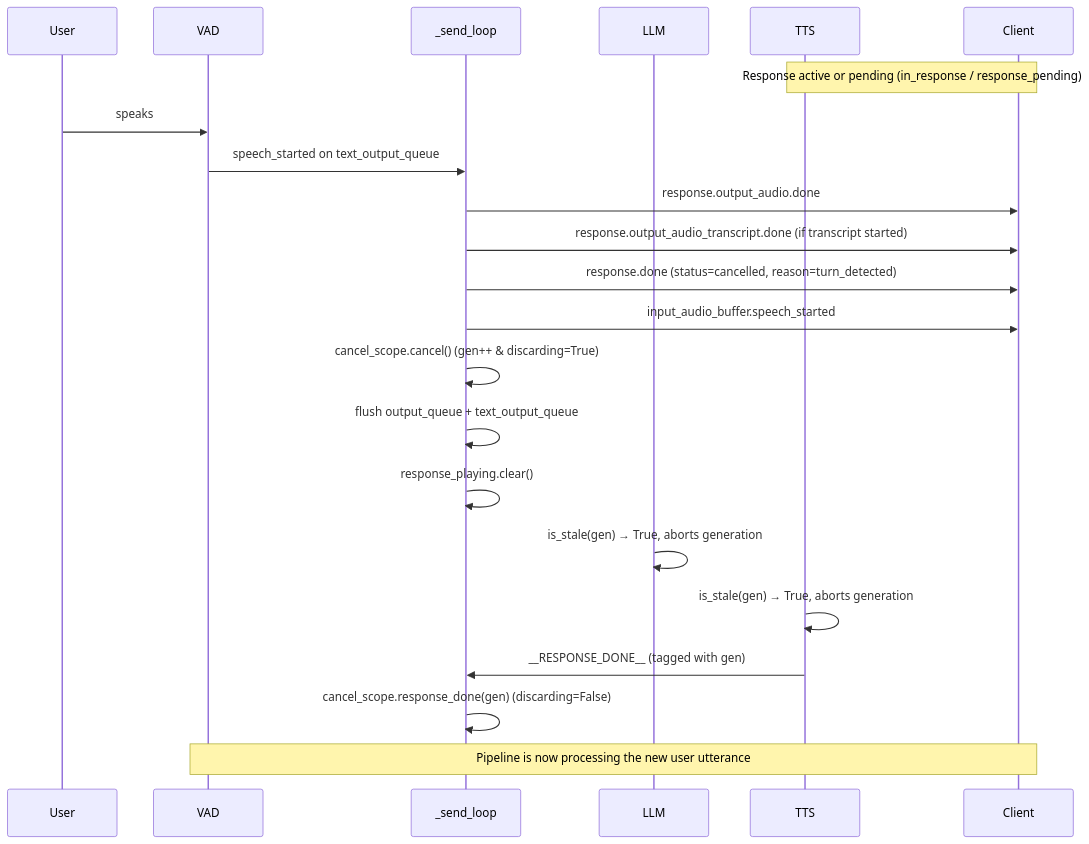
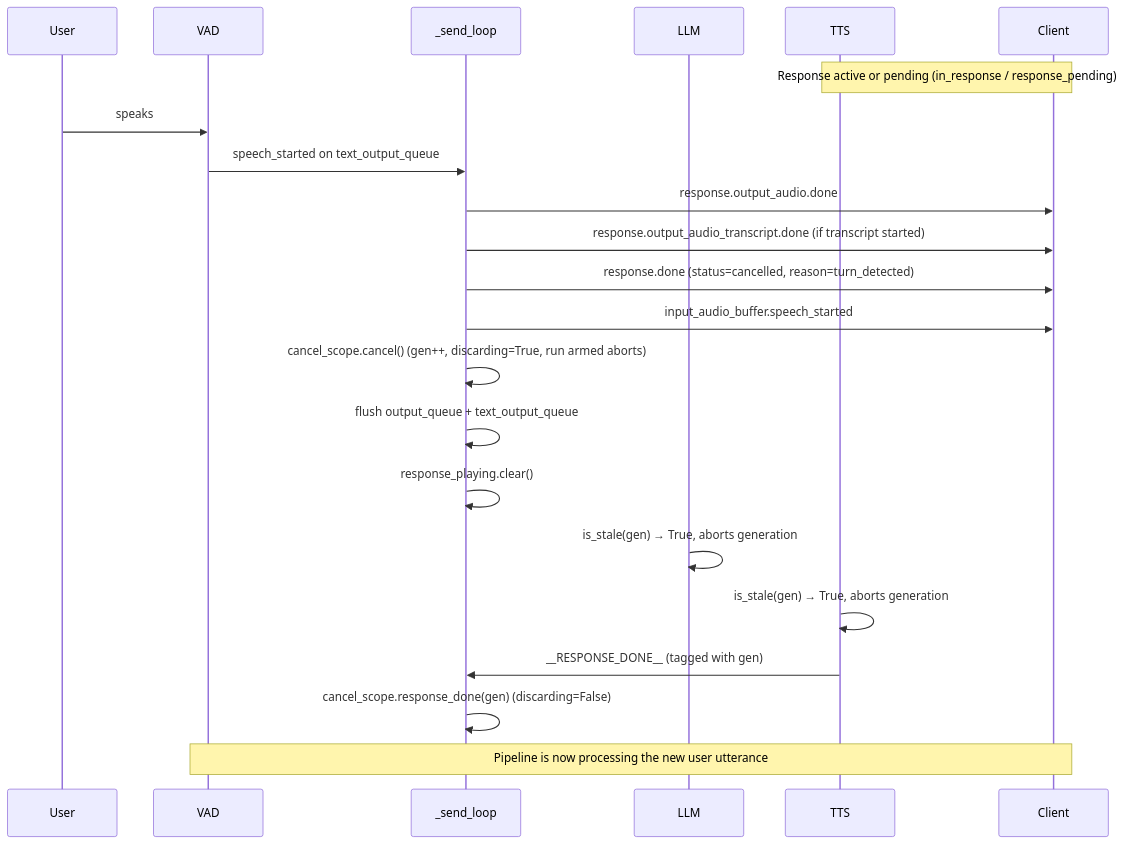
One commit to iansmith/speech-to-speech changed the second of 2 diagrams in src/speech_to_speech/api/openai_realtime/README.md. Above: the diagram before and after it, drawn with Mermaid. The commit also changed 1 other file, not shown here.

Commit message:
SOP-480: review — correct comments the abort mechanism made stale
The clean-context review flagged three doc-only findings:

- Two comments above the _Turn construction still said a blocked httpx read
  "cannot be aborted by cancel_scope.cancel()" — the exact thing this branch
  now does for the non-prefetch path. Rewritten to describe the register_abort
  → close mechanism, with request_timeout_s / ReadTimeout as the fallback.
- _abort_safe_events' docstring framed the swallowed error as only a
  cancel-triggered close; the guard is _turn_is_cancelled, so it swallows any
  in-flight error once the turn is cancelled. Widened to say so.
- README's barge-in sequence diagram now notes cancel() also runs armed aborts.

No code change. ruff check / ruff format --check / mypy clean; suite 55/55.

````diff
--- a/src/speech_to_speech/api/openai_realtime/README.md
+++ b/src/speech_to_speech/api/openai_realtime/README.md
@@ -279,25 +279,25 @@
 ```mermaid
 sequenceDiagram
     participant User
     participant VAD
     participant SendLoop as _send_loop
     participant LLM
     participant TTS
     participant Client
 
     Note over TTS,Client: Response active or pending (in_response / response_pending)
     User->>VAD: speaks
     VAD->>SendLoop: speech_started on text_output_queue
     SendLoop->>Client: response.output_audio.done
     SendLoop->>Client: response.output_audio_transcript.done (if transcript started)
     SendLoop->>Client: response.done (status=cancelled, reason=turn_detected)
     SendLoop->>Client: input_audio_buffer.speech_started
-    SendLoop->>SendLoop: cancel_scope.cancel() (gen++ & discarding=True)
+    SendLoop->>SendLoop: cancel_scope.cancel() (gen++, discarding=True, run armed aborts)
     SendLoop->>SendLoop: flush output_queue + text_output_queue
     SendLoop->>SendLoop: response_playing.clear()
     LLM->>LLM: is_stale(gen) → True, aborts generation
     TTS->>TTS: is_stale(gen) → True, aborts generation
     TTS->>SendLoop: __RESPONSE_DONE__ (tagged with gen)
     SendLoop->>SendLoop: cancel_scope.response_done(gen) (discarding=False)
     Note over VAD,Client: Pipeline is now processing the new user utterance
 ```
````
